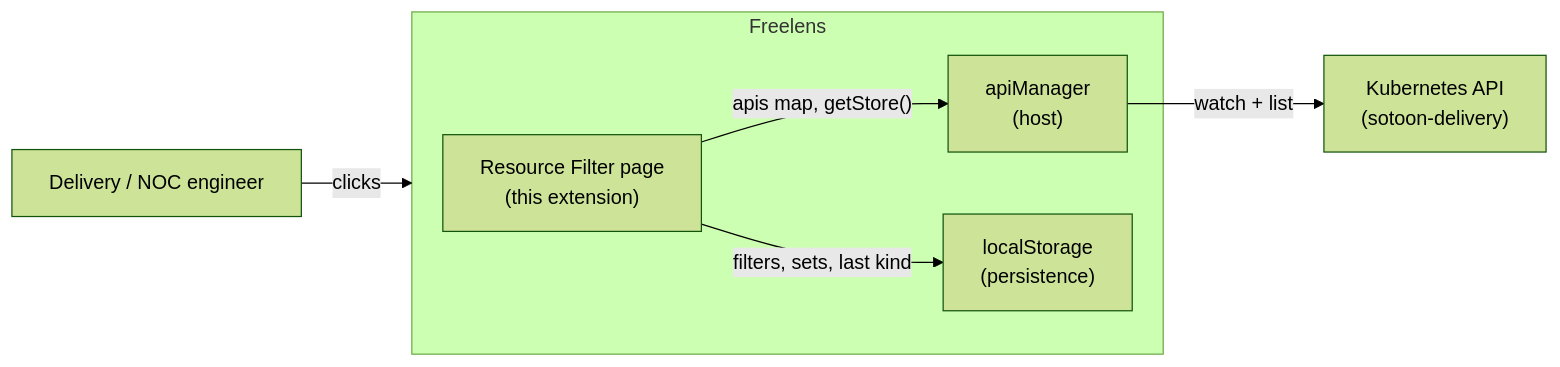
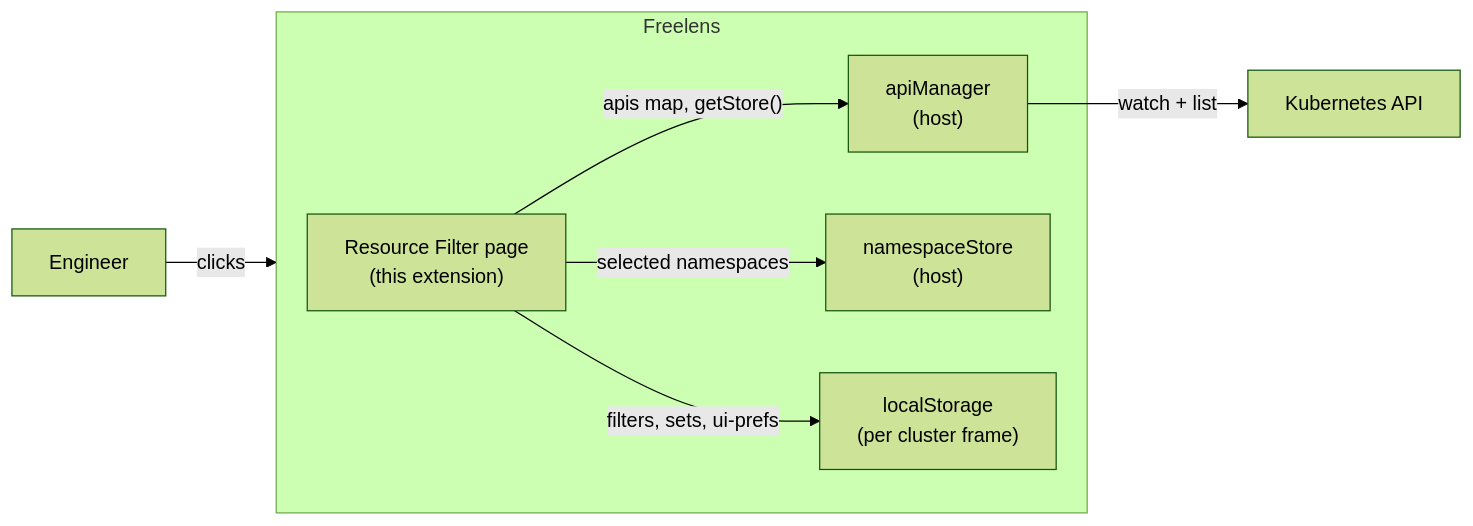
One commit to mojish/freelens-resource-filter-extension changed the first of 2 diagrams in docs/ARCHITECTURE.md. Above: the diagram before and after it, drawn with Mermaid (forest theme). The commit also changed other lines of this file and 37 other files, not shown here.

````diff
--- a/docs/ARCHITECTURE.md
+++ b/docs/ARCHITECTURE.md
@@ -19,12 +24,14 @@
 ```mermaid
 flowchart LR
-    Eng["Delivery / NOC engineer"] -->|clicks| Freelens["Freelens app"]
+    Eng["Engineer"] -->|clicks| Freelens["Freelens app"]
     subgraph Freelens
         Page["Resource Filter page<br/>(this extension)"]
         AM["apiManager<br/>(host)"]
-        LS["localStorage<br/>(persistence)"]
+        NS["namespaceStore<br/>(host)"]
+        LS["localStorage<br/>(per cluster frame)"]
     end
     Page -->|"apis map, getStore()"| AM
-    Page -->|"filters, sets, last kind"| LS
-    AM -->|"watch + list"| K8s["Kubernetes API<br/>(sotoon-delivery)"]
+    Page -->|"selected namespaces"| NS
+    Page -->|"filters, sets, ui-prefs"| LS
+    AM -->|"watch + list"| K8s["Kubernetes API"]
 ```
````
